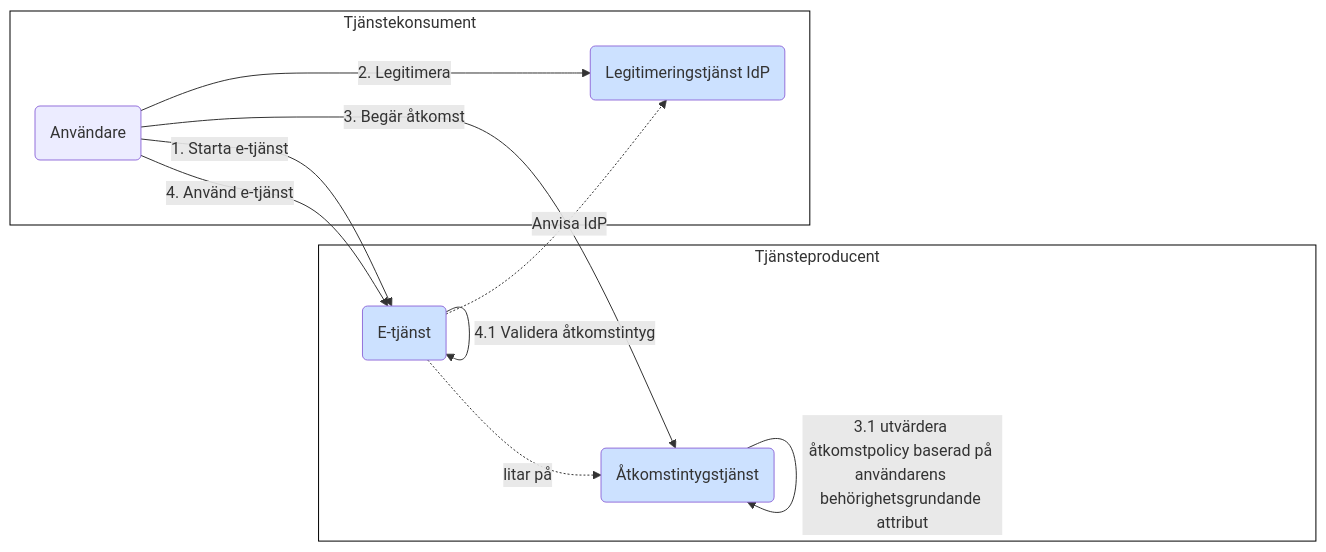
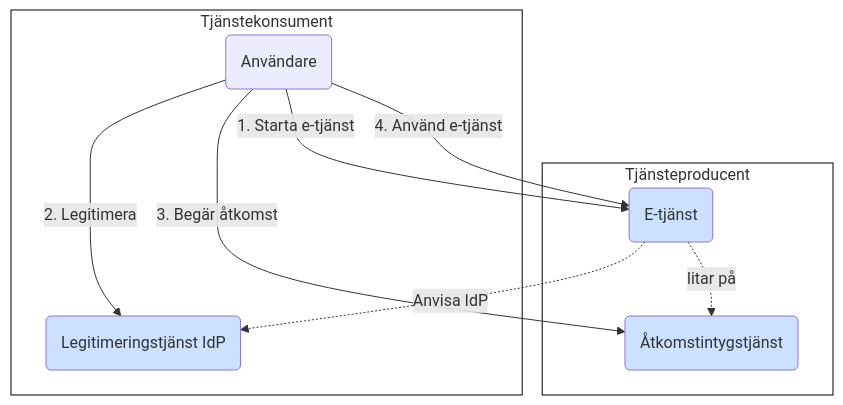
One commit to diggsweden/ena-authorization changed the fifth of 9 diagrams in architecture/drafts/IAM_TargetArchitecture_Sweden.md. Above: the diagram before and after it, drawn with Mermaid. The commit also changed other lines of this file, not shown here.

Commit message:
Simplified some graphs

````diff
--- a/architecture/drafts/IAM_TargetArchitecture_Sweden.md
+++ b/architecture/drafts/IAM_TargetArchitecture_Sweden.md
@@ -208,29 +207,27 @@
 ```mermaid
-graph LR
+graph 
 classDef org fill:#F8E5A0
 classDef comp fill:#CCE1FF
 classDef box fill:#ffffff,stroke:#000000
 
 subgraph po[Tjänsteproducent]
     p(E-tjänst):::comp
     as(Åtkomstintygstjänst):::comp
 end
 po:::box
 
 subgraph co[Tjänstekonsument]
     idp(Legitimeringstjänst IdP):::comp
     u(Användare)
 end
 co:::box
 
 idp ~~~ p
 
 u--<p>1. Starta e-tjänst-->p
 p-.Anvisa IdP.->idp
 u--<p>2. Legitimera-->idp
 u--<p>3. Begär åtkomst-->as
-p--<p>4.1 Validera åtkomstintyg-->p
-as--<p>3.1 utvärdera åtkomstpolicy baserad på användarens behörighetsgrundande attribut-->as
 u--<p>4. Använd e-tjänst-->p
 p-.litar på.->as
 ```
````
